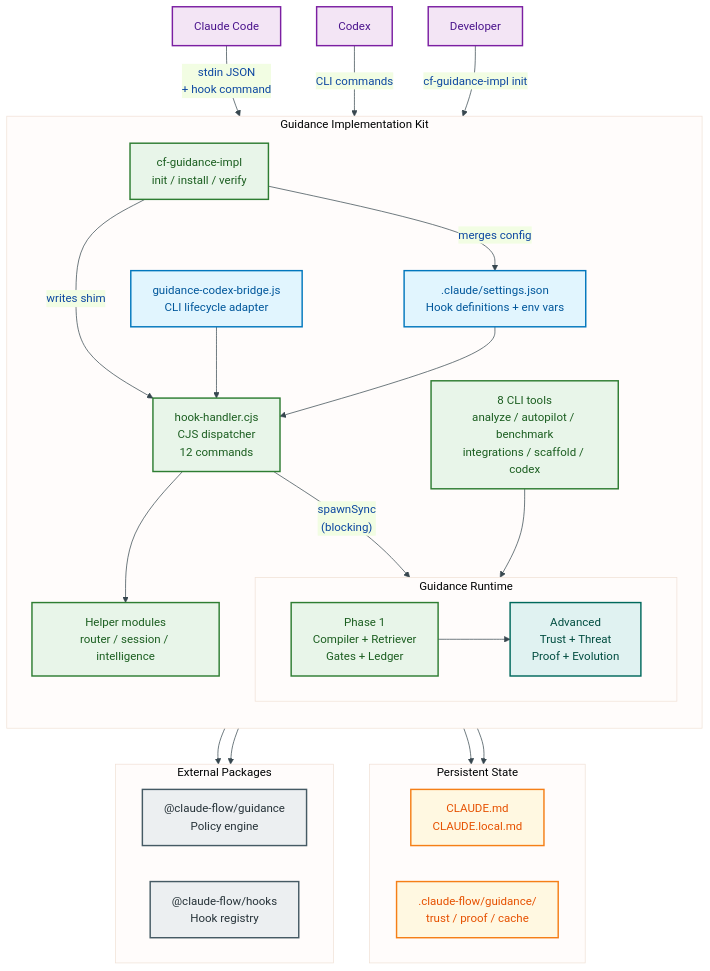
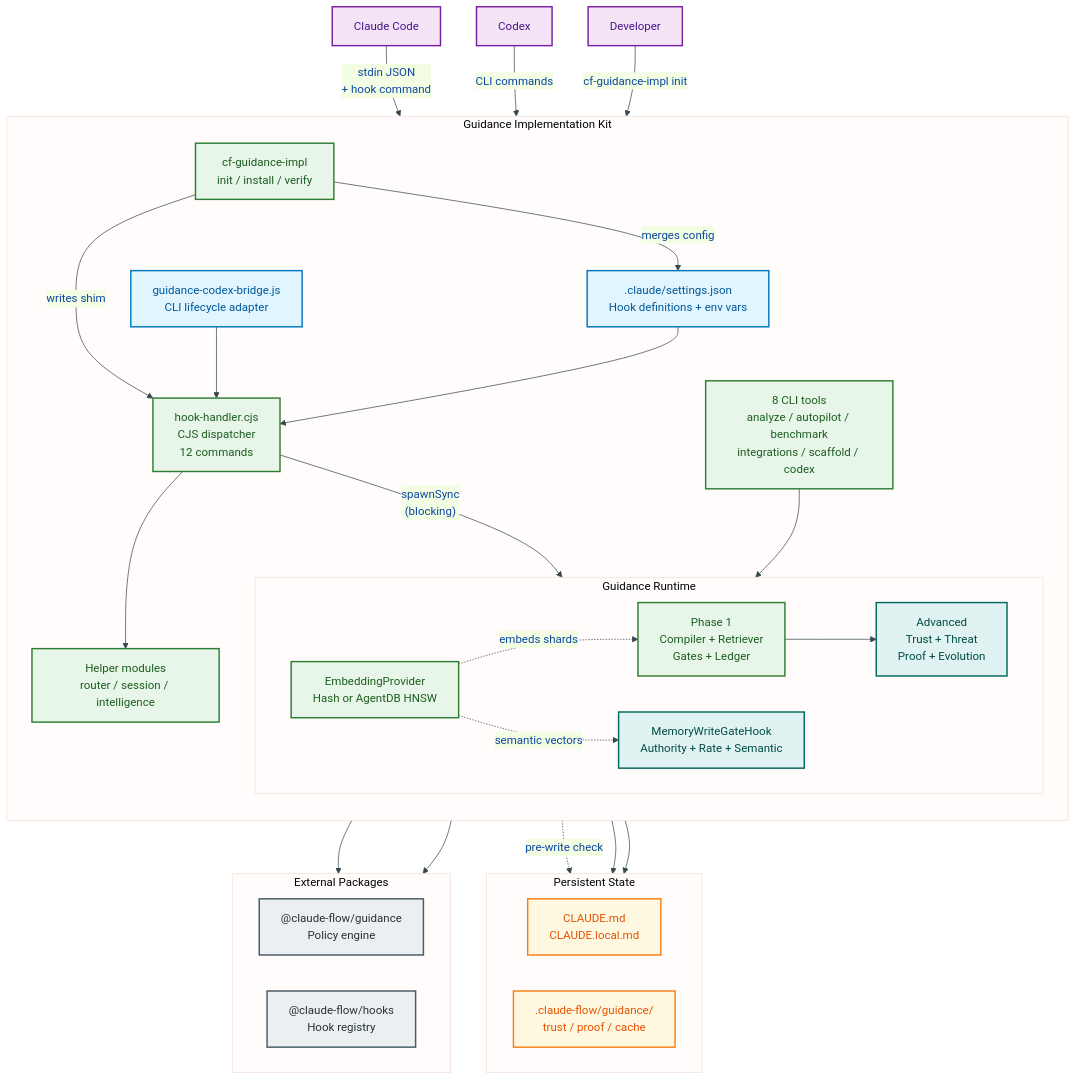
The first of 8 diagrams in docs/architecture.md (sparkling/claude-flow-guidance-implementation), drawn with Mermaid before and after one commit. The commit also changed other lines of this file and 8 other files, not shown here.

First line of the commit message:
docs: update all guides for GD-001 EmbeddingProvider + GD-002 MemoryWriteGateHook

````diff
--- a/docs/architecture.md
+++ b/docs/architecture.md
@@ -20,73 +20,78 @@
 ```mermaid
 %%{init: {
   "theme": "base",
   "themeVariables": {
     "primaryColor": "#E3F2FD",
     "primaryTextColor": "#0D47A1",
     "primaryBorderColor": "#1565C0",
     "lineColor": "#37474F"
   }
 }}%%
 flowchart TB
     accTitle: Solution Architecture Overview
     accDescr: Shows agents, the hook dispatcher, guidance runtime, and external dependencies
 
     classDef agent fill:#F3E5F5,stroke:#7B1FA2,stroke-width:2px,color:#4A148C
     classDef iface fill:#E1F5FE,stroke:#0277BD,stroke-width:2px,color:#01579B
     classDef core fill:#E8F5E9,stroke:#2E7D32,stroke-width:2px,color:#1B5E20
     classDef data fill:#FFF8E1,stroke:#F57F17,stroke-width:2px,color:#E65100
     classDef security fill:#E0F2F1,stroke:#00695C,stroke-width:2px,color:#004D40
     classDef ext fill:#ECEFF1,stroke:#455A64,stroke-width:2px,color:#263238
 
     CC["Claude Code"]:::agent
     CX["Codex"]:::agent
     Dev["Developer"]:::agent
 
     subgraph Kit["Guidance Implementation Kit"]
         direction TB
-        Settings[".claude/settings.json\nHook definitions + env vars"]:::iface
-        Bridge["guidance-codex-bridge.js\nCLI lifecycle adapter"]:::iface
-        Handler["hook-handler.cjs\nCJS dispatcher\n12 commands"]:::core
-        Helpers["Helper modules\nrouter / session / intelligence"]:::core
+        Settings[".claude/settings.json<br/>Hook definitions + env vars"]:::iface
+        Bridge["guidance-codex-bridge.js<br/>CLI lifecycle adapter"]:::iface
+        Handler["hook-handler.cjs<br/>CJS dispatcher<br/>12 commands"]:::core
+        Helpers["Helper modules<br/>router / session / intelligence"]:::core
 
         subgraph Runtime["Guidance Runtime"]
             direction LR
-            P1["Phase 1\nCompiler + Retriever\nGates + Ledger"]:::core
-            Adv["Advanced\nTrust + Threat\nProof + Evolution"]:::security
+            P1["Phase 1<br/>Compiler + Retriever<br/>Gates + Ledger"]:::core
+            Adv["Advanced<br/>Trust + Threat<br/>Proof + Evolution"]:::security
+            EP["EmbeddingProvider<br/>Hash or AgentDB HNSW"]:::core
+            MWG["MemoryWriteGateHook<br/>Authority + Rate + Semantic"]:::security
         end
 
-        CLI["8 CLI tools\nanalyze / autopilot / benchmark\nintegrations / scaffold / codex"]:::core
-        Installer["cf-guidance-impl\ninit / install / verify"]:::core
+        CLI["8 CLI tools<br/>analyze / autopilot / benchmark<br/>integrations / scaffold / codex"]:::core
+        Installer["cf-guidance-impl<br/>init / install / verify"]:::core
     end
 
     subgraph State["Persistent State"]
         direction LR
-        Policy["CLAUDE.md\nCLAUDE.local.md"]:::data
-        Store[".claude-flow/guidance/\ntrust / proof / cache"]:::data
+        Policy["CLAUDE.md<br/>CLAUDE.local.md"]:::data
+        Store[".claude-flow/guidance/<br/>trust / proof / cache"]:::data
     end
 
     subgraph Deps["External Packages"]
         direction LR
-        GuidancePkg["@claude-flow/guidance\nPolicy engine"]:::ext
-        HooksPkg["@claude-flow/hooks\nHook registry"]:::ext
+        GuidancePkg["@claude-flow/guidance<br/>Policy engine"]:::ext
+        HooksPkg["@claude-flow/hooks<br/>Hook registry"]:::ext
     end
 
-    CC -->|"stdin JSON\n+ hook command"| Settings
+    CC -->|"stdin JSON<br/>+ hook command"| Settings
     CX -->|"CLI commands"| Bridge
     Dev -->|"cf-guidance-impl init"| Installer
 
     Settings --> Handler
     Bridge --> Handler
     Handler --> Helpers
-    Handler -->|"spawnSync\n(blocking)"| Runtime
+    Handler -->|"spawnSync<br/>(blocking)"| Runtime
     P1 --> Adv
 
     Runtime --> Policy
     Runtime --> Store
     Runtime --> GuidancePkg
     Runtime --> HooksPkg
 
     Installer -->|"writes shim"| Handler
     Installer -->|"merges config"| Settings
     CLI --> Runtime
+    EP -.->|"embeds shards"| P1
+    MWG -.->|"pre-write check"| Store
+    EP -.->|"semantic vectors"| MWG
 ```
````
